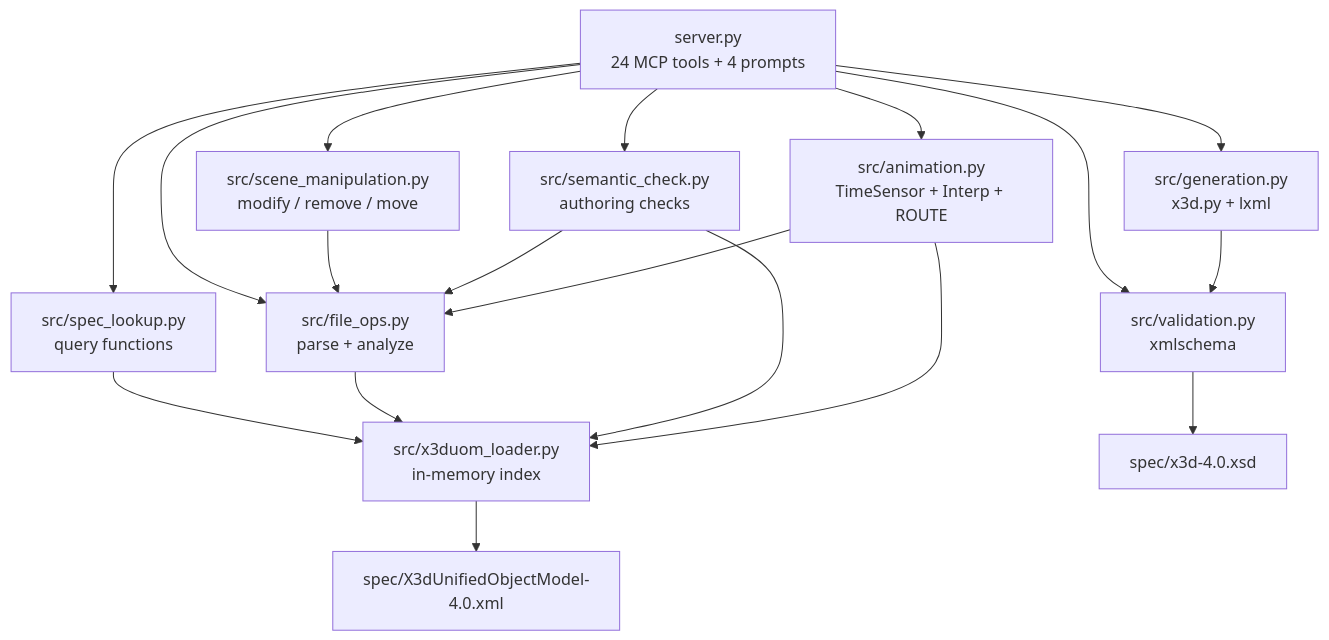
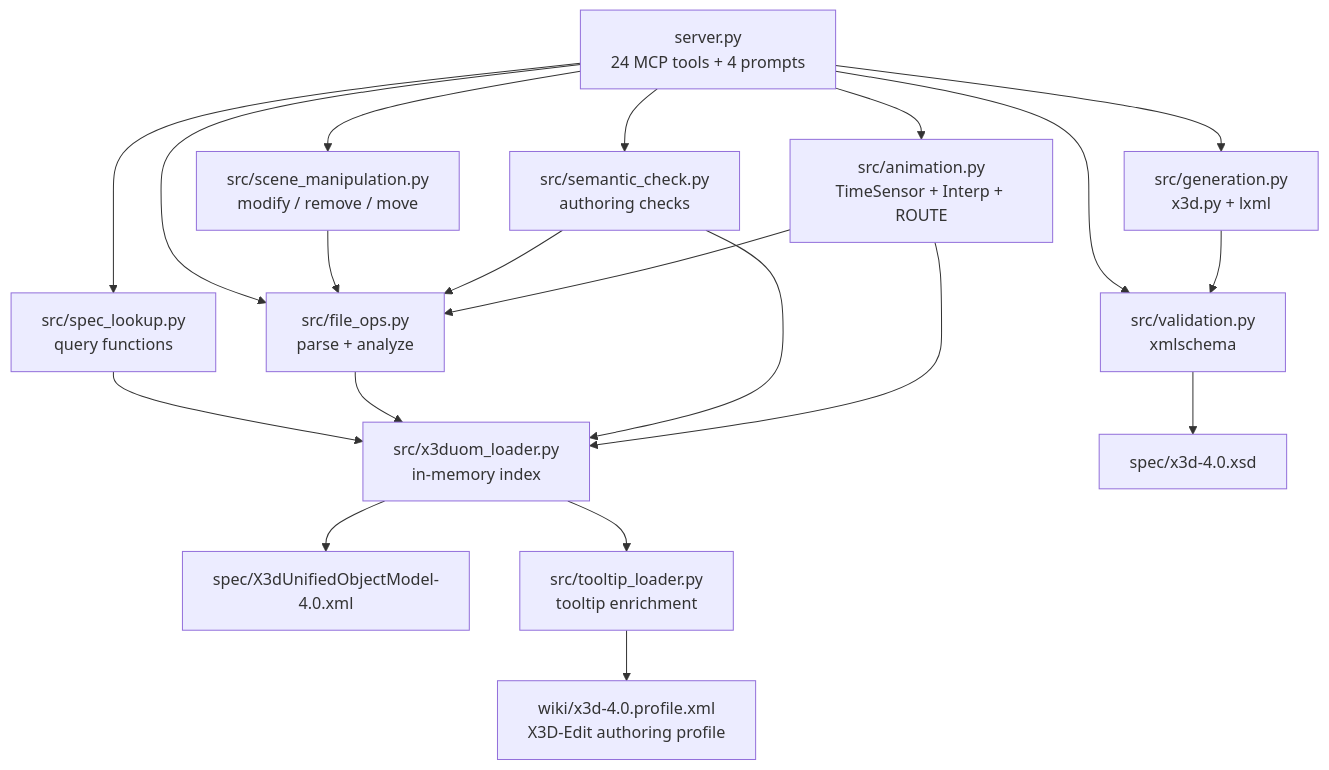
The diagram in README.md (niknarra/x3d-mcp), drawn with Mermaid before and after one commit. The commit also changed other lines of this file, not shown here.

First line of the commit message:
Update README to document tooltip enrichment

````diff
--- a/README.md
+++ b/README.md
@@ -217,24 +217,26 @@
 ```mermaid
 flowchart TD
     Server["server.py\n24 MCP tools + 4 prompts"] --> Validation["src/validation.py\nxmlschema"]
     Server --> SpecLookup["src/spec_lookup.py\nquery functions"]
     Server --> Generation["src/generation.py\nx3d.py + lxml"]
     Server --> FileOps["src/file_ops.py\nparse + analyze"]
     Server --> SceneOps["src/scene_manipulation.py\nmodify / remove / move"]
     Server --> Semantic["src/semantic_check.py\nauthoring checks"]
     Server --> Animation["src/animation.py\nTimeSensor + Interp + ROUTE"]
 
     SpecLookup --> X3DUOM["src/x3duom_loader.py\nin-memory index"]
     FileOps --> X3DUOM
     Semantic --> X3DUOM
     Animation --> X3DUOM
 
     SceneOps --> FileOps
     Semantic --> FileOps
     Animation --> FileOps
 
     Validation --> XSD["spec/x3d-4.0.xsd"]
     X3DUOM --> UOM["spec/X3dUnifiedObjectModel-4.0.xml"]
+    X3DUOM --> Tooltips["src/tooltip_loader.py\ntooltip enrichment"]
+    Tooltips --> Profile["wiki/x3d-4.0.profile.xml\nX3D-Edit authoring profile"]
 
     Generation --> Validation
 ```
````
